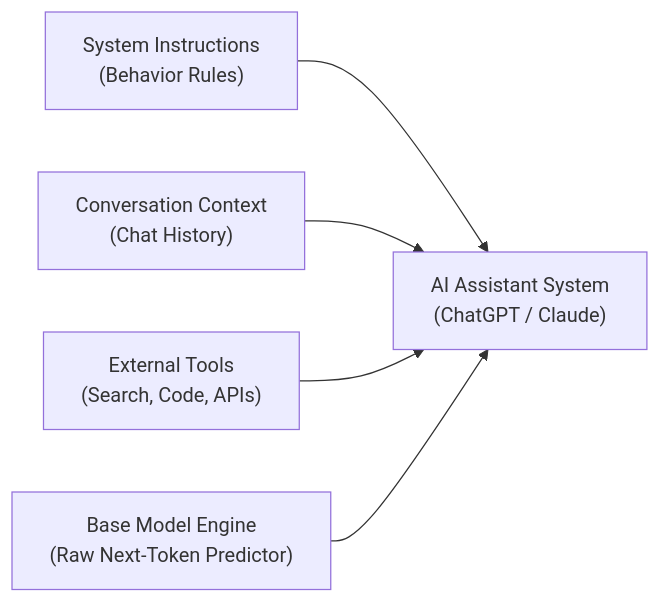
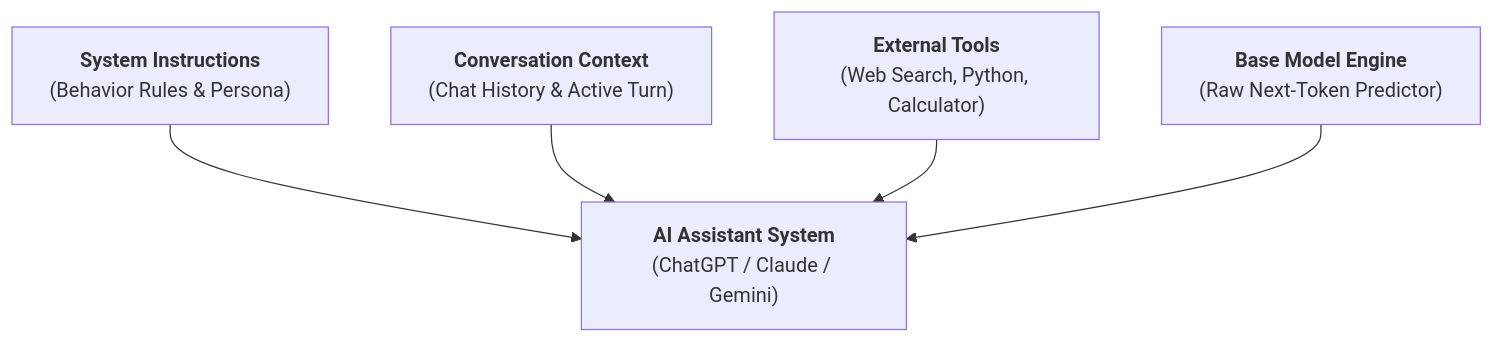
The third of 4 diagrams in Nameste-AI/Season_01/02_Does_ChatGPT_Know_or_Does_It_Guess.md (Nishant8826/theory-leaning), drawn with Mermaid before and after one commit. The commit also changed other lines of this file and 7 other files, not shown here.

````diff
--- a/Nameste-AI/Season_01/02_Does_ChatGPT_Know_or_Does_It_Guess.md
+++ b/Nameste-AI/Season_01/02_Does_ChatGPT_Know_or_Does_It_Guess.md
@@ -208,7 +270,7 @@
 ```mermaid
-flowchart LR
-    A["System Instructions\n(Behavior Rules)"] --> D["AI Assistant System\n(ChatGPT / Claude)"]
-    B["Conversation Context\n(Chat History)"] --> D
-    C["External Tools\n(Search, Code, APIs)"] --> D
-    E["Base Model Engine\n(Raw Next-Token Predictor)"] --> D
+flowchart TD
+    A["<b>System Instructions</b><br/>(Behavior Rules & Persona)"] --> E["<b>AI Assistant System</b><br/>(ChatGPT / Claude / Gemini)"]
+    B["<b>Conversation Context</b><br/>(Chat History & Active Turn)"] --> E
+    C["<b>External Tools</b><br/>(Web Search, Python, Calculator)"] --> E
+    D["<b>Base Model Engine</b><br/>(Raw Next-Token Predictor)"] --> E
 ```
````
